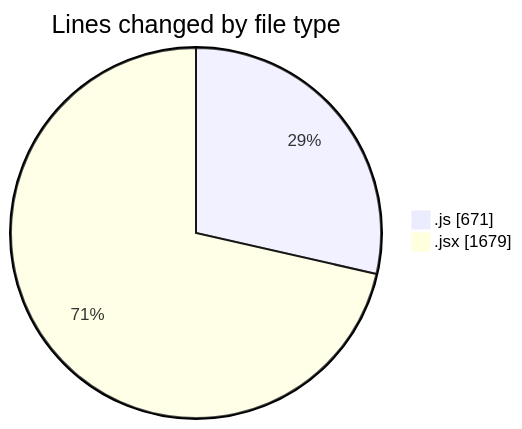
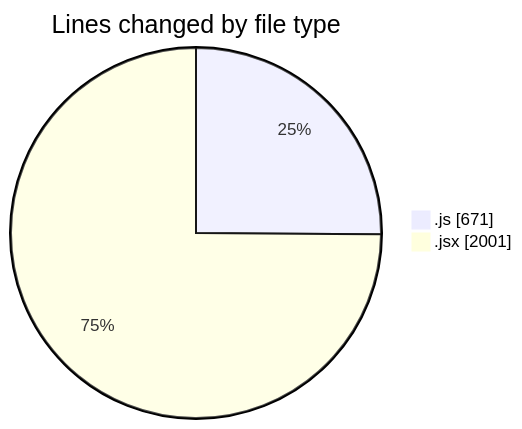
One commit to nxtqubesakshisongat/code-tracking changed the first of 2 diagrams in 2025-07-02/argos/README.md. Above: the diagram before and after it, drawn with Mermaid. The commit also changed other lines of this file and 1 other file, not shown here.

````diff
--- a/2025-07-02/argos/README.md
+++ b/2025-07-02/argos/README.md
@@ -25,6 +26,6 @@
 ```mermaid
 pie showData
 title Lines changed by file type
 ".js" : 671
-".jsx" : 1679
+".jsx" : 2001
 ```
````
